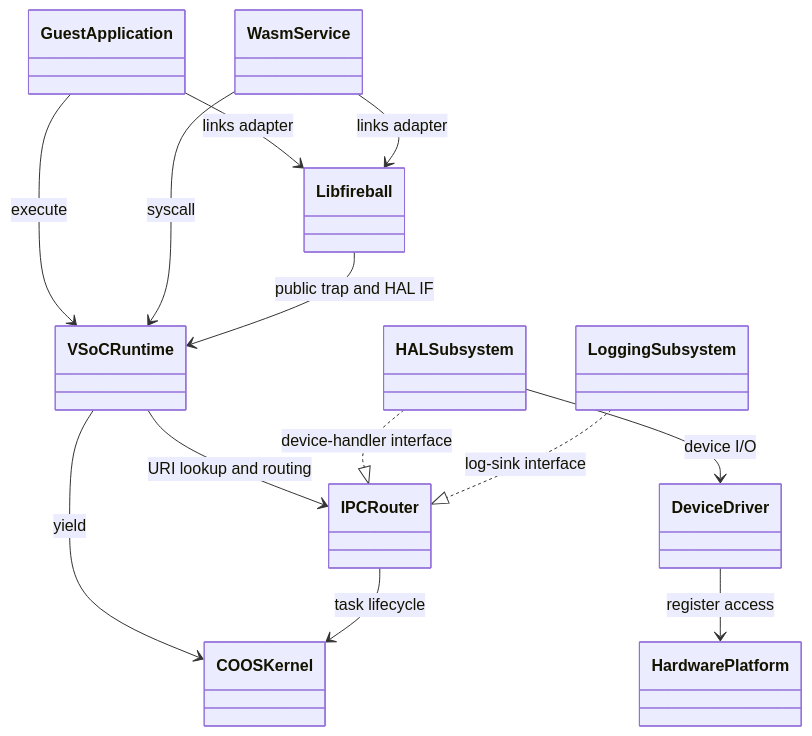
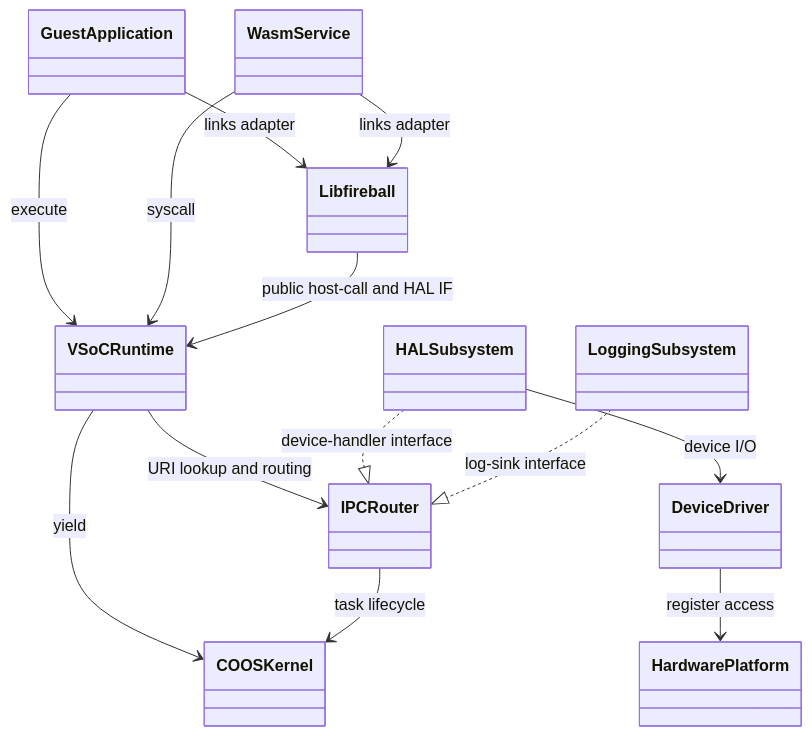
Before and after one commit to kmt-t/fireball: the first of 4 diagrams in docs/architecture/architecture_overview.md, drawn with Mermaid. The commit also changed 7 other files, not shown here.

Commit message:
Align host-call terminology and install Python dependencies in CI

````diff
--- a/docs/architecture/architecture_overview.md
+++ b/docs/architecture/architecture_overview.md
@@ -45,26 +45,26 @@
 ```mermaid
 classDiagram
     class GuestApplication
     class WasmService
     class Libfireball
     class VSoCRuntime
     class COOSKernel
     class IPCRouter
     class HALSubsystem
     class LoggingSubsystem
     class DeviceDriver
     class HardwarePlatform
 
     GuestApplication --> VSoCRuntime : execute
     WasmService --> VSoCRuntime : syscall
     GuestApplication --> Libfireball : links adapter
     WasmService --> Libfireball : links adapter
-    Libfireball --> VSoCRuntime : public trap and HAL IF
+    Libfireball --> VSoCRuntime : public host-call and HAL IF
     VSoCRuntime --> COOSKernel : yield
     VSoCRuntime --> IPCRouter : URI lookup and routing
     IPCRouter --> COOSKernel : task lifecycle
     HALSubsystem ..|> IPCRouter : device-handler interface
     LoggingSubsystem ..|> IPCRouter : log-sink interface
     HALSubsystem --> DeviceDriver : device I/O
     DeviceDriver --> HardwarePlatform : register access
 ```
````
